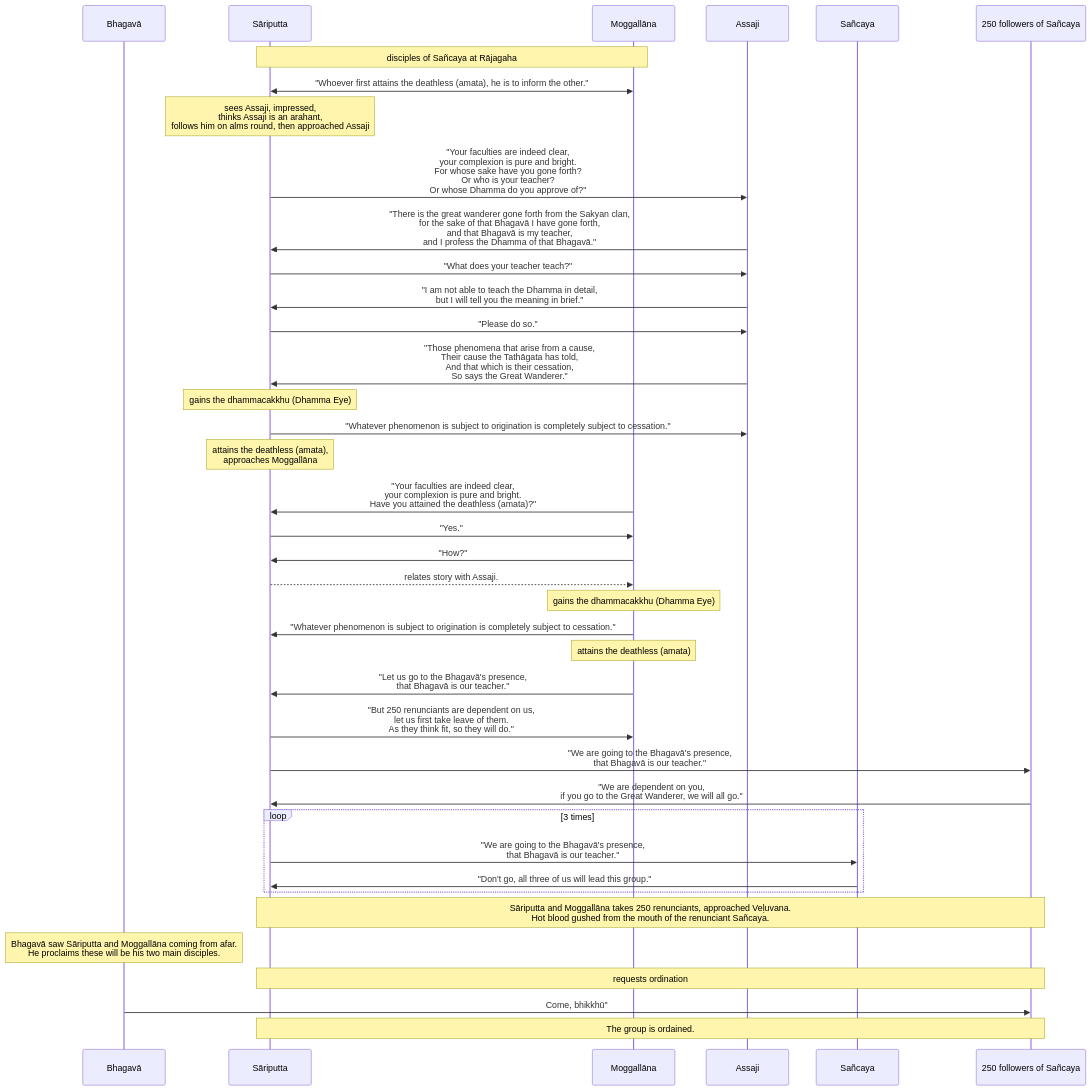
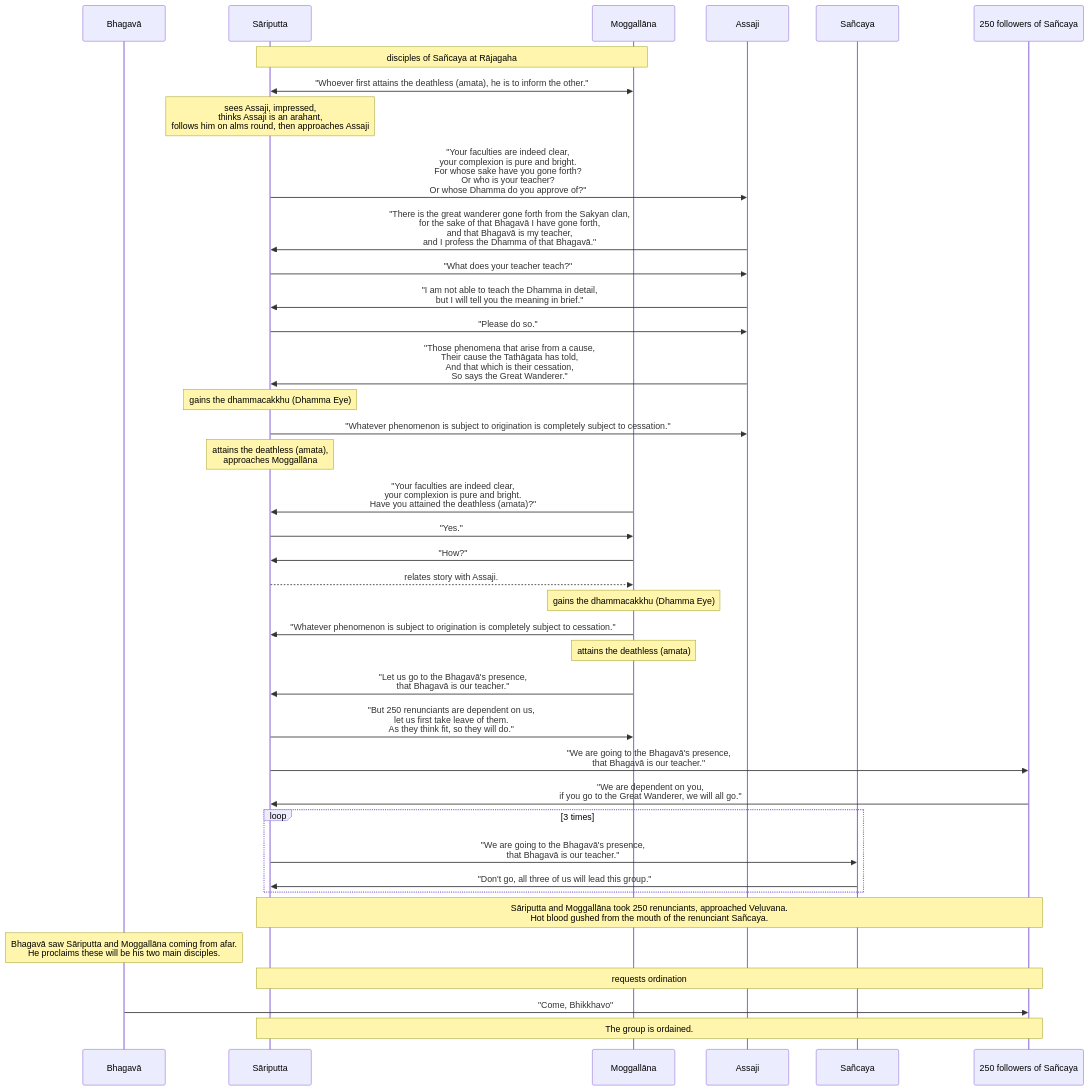
One commit to tidipa/tidipa.github.io changed the diagram in src/content/docs/khandhaka/1-14.mdx. Above: the diagram before and after it, drawn with Mermaid. The commit also changed other lines of this file and 48 other files, not shown here.

````diff
--- a/src/content/docs/khandhaka/1-14.mdx
+++ b/src/content/docs/khandhaka/1-14.mdx
@@ -29,41 +29,41 @@
 ```mermaid
 sequenceDiagram
 	participant B as Bhagavā
 	participant S as Sāriputta
 	participant M as Moggallāna
 	participant A as Assaji
 	participant Sa as Sañcaya
 	participant A250 as 250 followers of Sañcaya
 	note over S,M: disciples of Sañcaya at Rājagaha
 	S<<->>M: "Whoever first attains the deathless (amata), he is to inform the other."
-	note over S: sees Assaji, impressed,<br>thinks Assaji is an arahant,<br> follows him on alms round, then approached Assaji
+	note over S: sees Assaji, impressed,<br>thinks Assaji is an arahant,<br> follows him on alms round, then approaches Assaji
 	S->>A: "Your faculties are indeed clear,<br> your complexion is pure and bright.<br> For whose sake have you gone forth?<br> Or who is your teacher?<br> Or whose Dhamma do you approve of?"
 	A->>S: "There is the great wanderer gone forth from the Sakyan clan,<br> for the sake of that Bhagavā I have gone forth,<br> and that Bhagavā is my teacher, <br>and I profess the Dhamma of that Bhagavā."
 	S->>A: "What does your teacher teach?"
 	A->>S: "I am not able to teach the Dhamma in detail, <br>but I will tell you the meaning in brief."
 	S->>A: "Please do so."
 	A->>S: "Those phenomena that arise from a cause,<br>Their cause the Tathāgata has told,<br>And that which is their cessation,<br>So says the Great Wanderer." 
 	note over S: gains the dhammacakkhu (Dhamma Eye)
 	S->>A: "Whatever phenomenon is subject to origination is completely subject to cessation."
 	note over S: attains the deathless (amata),<br>approaches Moggallāna
 	M->>S: "Your faculties are indeed clear,<br> your complexion is pure and bright.<br> Have you attained the deathless (amata)?"
 	S->>M: "Yes."
 	M->>S: "How?"
 	S-->>M: relates story with Assaji.
 	note over M: gains the dhammacakkhu (Dhamma Eye)
 	M->>S: "Whatever phenomenon is subject to origination is completely subject to cessation."
 	note over M: attains the deathless (amata)
 	M->>S: "Let us go to the Bhagavā's presence,<br> that Bhagavā is our teacher."
 	S->>M: "But 250 renunciants are dependent on us,<br>let us first take leave of them.<br> As they think fit, so they will do." 
 	S->>A250: "We are going to the Bhagavā's presence,<br> that Bhagavā is our teacher."
 	A250->>S: "We are dependent on you,<br> if you go to the Great Wanderer, we will all go."
 	loop 3 times
 		S->>Sa: "We are going to the Bhagavā's presence,<br> that Bhagavā is our teacher."
 		Sa->>S: "Don't go, all three of us will lead this group."
 	end
-	note over S, A250: Sāriputta and Moggallāna takes 250 renunciants, approached Veḷuvana.<br>Hot blood gushed from the mouth of the renunciant Sañcaya.
+	note over S, A250: Sāriputta and Moggallāna took 250 renunciants, approached Veḷuvana.<br>Hot blood gushed from the mouth of the renunciant Sañcaya.
 	note over B: Bhagavā saw Sāriputta and Moggallāna coming from afar.<br>He proclaims these will be his two main disciples.
 	note over S, A250: requests ordination
-	B->>A250: Come, bhikkhū"
+	B->>A250: "Come, Bhikkhavo"
 	note over S, A250: The group is ordained.
 ```
````
